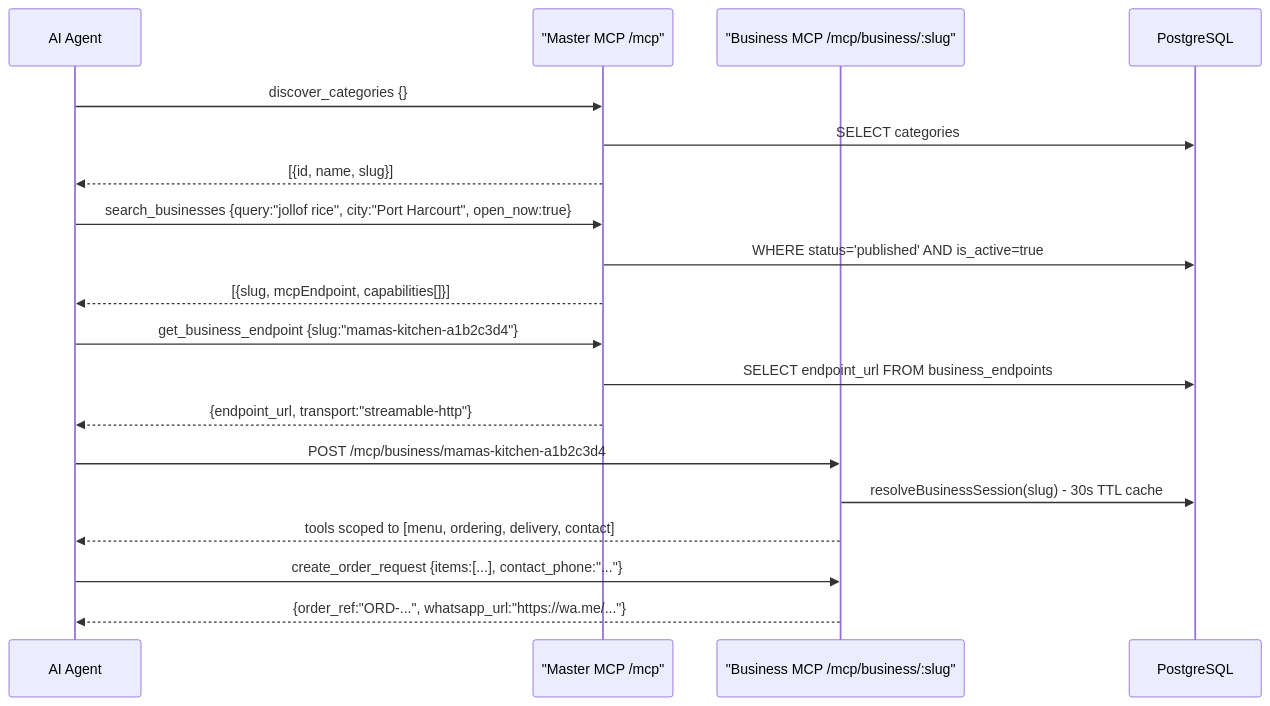
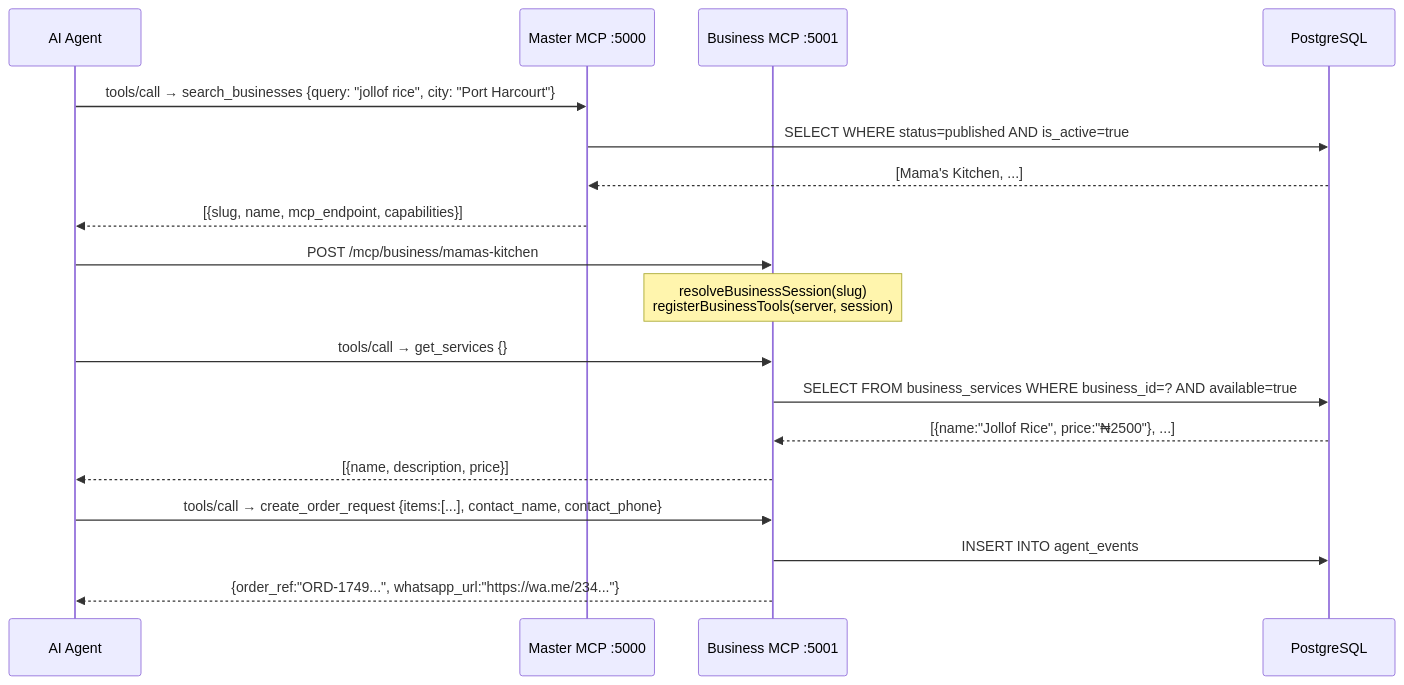
One commit to De-real-iManuel/Kiosk-mcp changed the second of 6 diagrams in README.md. Above: the diagram before and after it, drawn with Mermaid. The commit also changed other lines of this file, not shown here.

````diff
--- a/README.md
+++ b/README.md
@@ -129,26 +99,23 @@
 ```mermaid
 sequenceDiagram
-    participant Agent as AI Agent
-    participant MMCP as "Master MCP /mcp"
-    participant BMCP as "Business MCP /mcp/business/:slug"
+    participant A as AI Agent
+    participant M as Master MCP :5000
+    participant B as Business MCP :5001
     participant DB as PostgreSQL
 
-    Agent->>MMCP: discover_categories {}
-    MMCP->>DB: SELECT categories
-    MMCP-->>Agent: [{id, name, slug}]
+    A->>M: tools/call → search_businesses {query: "jollof rice", city: "Port Harcourt"}
+    M->>DB: SELECT WHERE status=published AND is_active=true
+    DB-->>M: [Mama's Kitchen, ...]
+    M-->>A: [{slug, name, mcp_endpoint, capabilities}]
 
-    Agent->>MMCP: search_businesses {query:"jollof rice", city:"Port Harcourt", open_now:true}
-    MMCP->>DB: WHERE status='published' AND is_active=true
-    MMCP-->>Agent: [{slug, mcpEndpoint, capabilities[]}]
+    A->>B: POST /mcp/business/mamas-kitchen
+    Note over B: resolveBusinessSession(slug)<br/>registerBusinessTools(server, session)
+    A->>B: tools/call → get_services {}
+    B->>DB: SELECT FROM business_services WHERE business_id=? AND available=true
+    DB-->>B: [{name:"Jollof Rice", price:"₦2500"}, ...]
+    B-->>A: [{name, description, price}]
 
-    Agent->>MMCP: get_business_endpoint {slug:"mamas-kitchen-a1b2c3d4"}
-    MMCP->>DB: SELECT endpoint_url FROM business_endpoints
-    MMCP-->>Agent: {endpoint_url, transport:"streamable-http"}
-
-    Agent->>BMCP: POST /mcp/business/mamas-kitchen-a1b2c3d4
-    BMCP->>DB: resolveBusinessSession(slug) - 30s TTL cache
-    BMCP-->>Agent: tools scoped to [menu, ordering, delivery, contact]
-
-    Agent->>BMCP: create_order_request {items:[...], contact_phone:"..."}
-    BMCP-->>Agent: {order_ref:"ORD-...", whatsapp_url:"https://wa.me/..."}
+    A->>B: tools/call → create_order_request {items:[...], contact_name, contact_phone}
+    B->>DB: INSERT INTO agent_events
+    B-->>A: {order_ref:"ORD-1749...", whatsapp_url:"https://wa.me/234..."}
 ```
````
